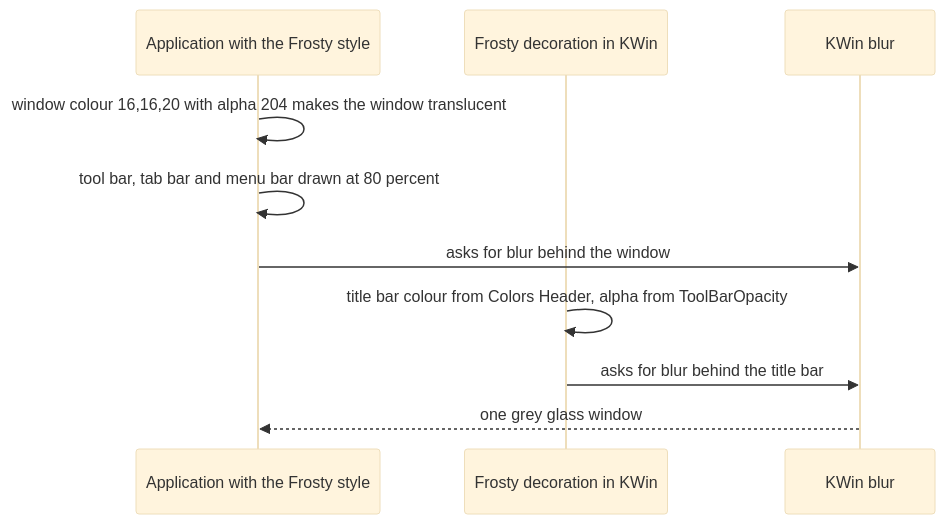
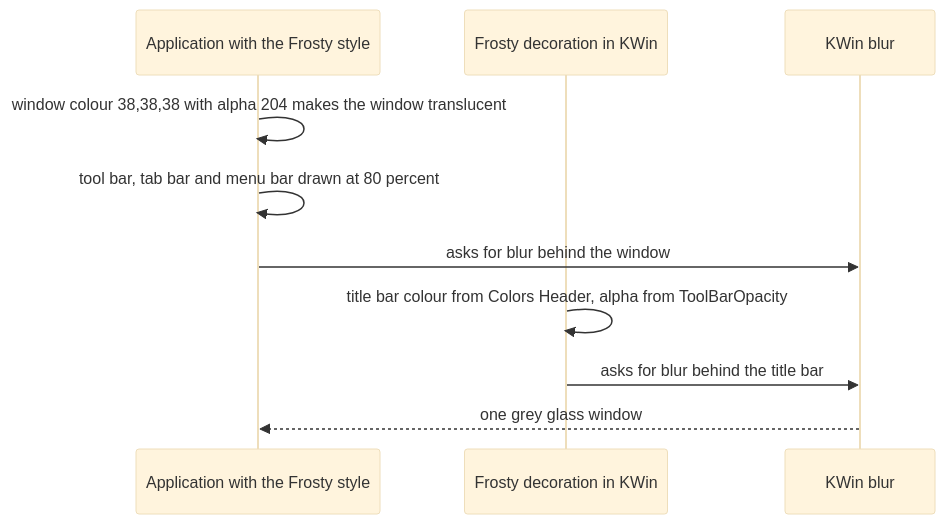
The third of 4 diagrams in README.md (Lukk17/frosty), drawn with Mermaid (base theme) before and after one commit. The commit also changed other lines of this file and 36 other files, not shown here.

````diff
--- a/README.md
+++ b/README.md
@@ -263,14 +325,14 @@
 ```mermaid
 sequenceDiagram
   accTitle: One window with Frosty
   accDescr: How the color scheme, the Frosty style and the Frosty decoration make one window translucent.
   participant App as Application with the Frosty style
   participant Deco as Frosty decoration in KWin
   participant KWin as KWin blur
-  App->>App: window colour 16,16,20 with alpha 204 makes the window translucent
+  App->>App: window colour 38,38,38 with alpha 204 makes the window translucent
   App->>App: tool bar, tab bar and menu bar drawn at 80 percent
   App->>KWin: asks for blur behind the window
   Deco->>Deco: title bar colour from Colors Header, alpha from ToolBarOpacity
   Deco->>KWin: asks for blur behind the title bar
   KWin-->>App: one grey glass window
 ```
````
